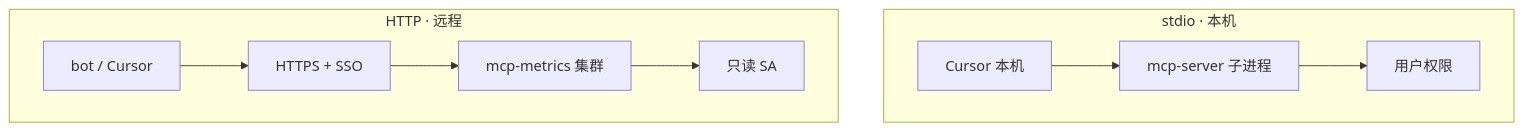
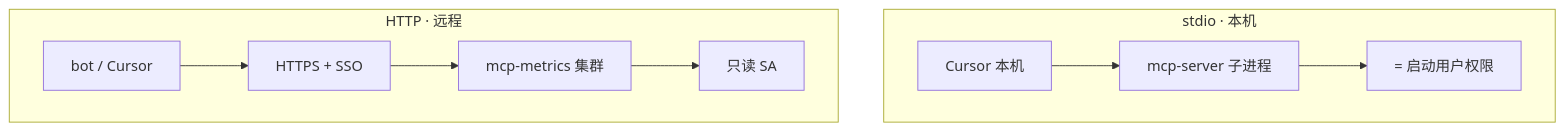
Before and after one commit to ml-cuizijun/LearnToLilith: the third of 6 diagrams in 08-AI与智能运维/05-MCP协议/知识点.md, drawn with Mermaid. The commit also changed other lines of this file and 178 other files, not shown here.

````diff
--- a/08-AI与智能运维/05-MCP协议/知识点.md
+++ b/08-AI与智能运维/05-MCP协议/知识点.md
@@ -106,12 +126,12 @@
 ```mermaid
 flowchart TB
     subgraph stdio ["stdio · 本机"]
-        H1[Cursor 本机] --> P1[mcp-server 子进程]
-        P1 --> U1[用户权限]
+        H1["Cursor 本机"] --> P1["mcp-server 子进程"]
+        P1 --> U1["= 启动用户权限"]
     end
     subgraph http ["HTTP · 远程"]
-        H2[bot / Cursor] --> GW[HTTPS + SSO]
-        GW --> S2[mcp-metrics 集群]
-        S2 --> SA[只读 SA]
+        H2["bot / Cursor"] --> GW["HTTPS + SSO"]
+        GW --> S2["mcp-metrics 集群"]
+        S2 --> SA["只读 SA"]
     end
 ```
````
